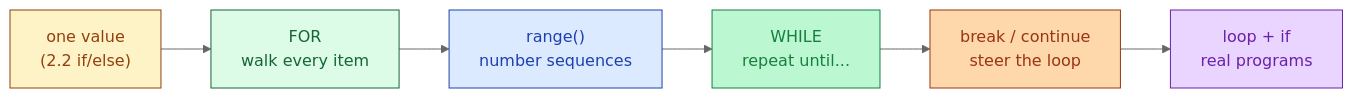
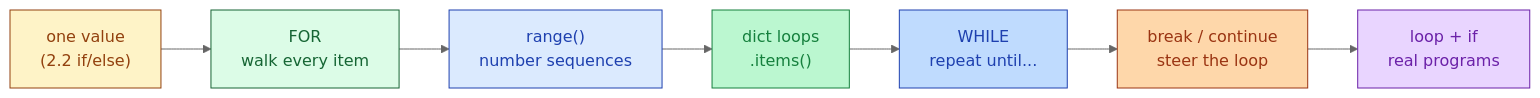
One commit to sndpaws/ai-ml-101 changed the diagram in 01-python/5-iteration-and-loops/pre-class/README.md. Above: the diagram before and after it, drawn with Mermaid (neutral theme). The commit also changed other lines of this file and 2 other files, not shown here.

````diff
--- a/01-python/5-iteration-and-loops/pre-class/README.md
+++ b/01-python/5-iteration-and-loops/pre-class/README.md
@@ -17,14 +18,16 @@
 ```mermaid
 flowchart LR
     A["one value<br/>(2.2 if/else)"] --> B["FOR<br/>walk every item"]
     B --> C["range()<br/>number sequences"]
-    C --> D["WHILE<br/>repeat until..."]
-    D --> E["break / continue<br/>steer the loop"]
-    E --> F["loop + if<br/>real programs"]
+    C --> D["dict loops<br/>.items()"]
+    D --> E["WHILE<br/>repeat until..."]
+    E --> F["break / continue<br/>steer the loop"]
+    F --> G["loop + if<br/>real programs"]
     style A fill:#fef3c7,stroke:#92400e,color:#92400e
     style B fill:#dcfce7,stroke:#166534,color:#166534
     style C fill:#dbeafe,stroke:#1e40af,color:#1e40af
     style D fill:#bbf7d0,stroke:#15803d,color:#15803d
-    style E fill:#fed7aa,stroke:#9a3412,color:#9a3412
-    style F fill:#e9d5ff,stroke:#6b21a8,color:#6b21a8
+    style E fill:#bfdbfe,stroke:#1e40af,color:#1e40af
+    style F fill:#fed7aa,stroke:#9a3412,color:#9a3412
+    style G fill:#e9d5ff,stroke:#6b21a8,color:#6b21a8
 ```
````
